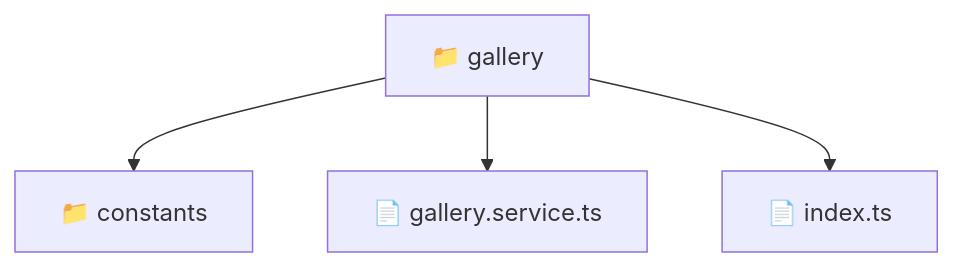
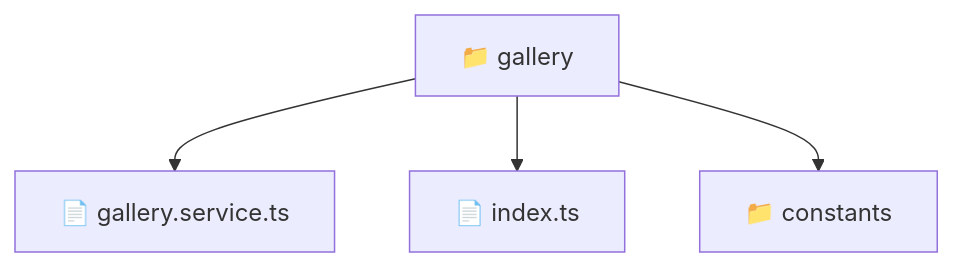
One commit to beginwebdev2002/fullstack-mavluda changed the diagram in frontend/src/entities/gallery/README.md. Above: the diagram before and after it, drawn with Mermaid. The commit also changed other lines of this file and 166 other files, not shown here.

First line of the commit message:
docs: generate repository-wide architectural README files

````diff
--- a/frontend/src/entities/gallery/README.md
+++ b/frontend/src/entities/gallery/README.md
@@ -11,7 +11,10 @@
 ```mermaid
 graph TD
-  Root["📁 gallery"]
-  Root --> constants["📁 constants"]
-  Root --> gallery_service_ts["📄 gallery.service.ts"]
-  Root --> index_ts["📄 index.ts"]
+  f_Root_gallery["📁 gallery"]
+  f_gallery_service_ts["📄 gallery.service.ts"]
+  f_Root_gallery --> f_gallery_service_ts
+  f_index_ts["📄 index.ts"]
+  f_Root_gallery --> f_index_ts
+  f_Dir_constants["📁 constants"]
+  f_Root_gallery --> f_Dir_constants
 ```
````
